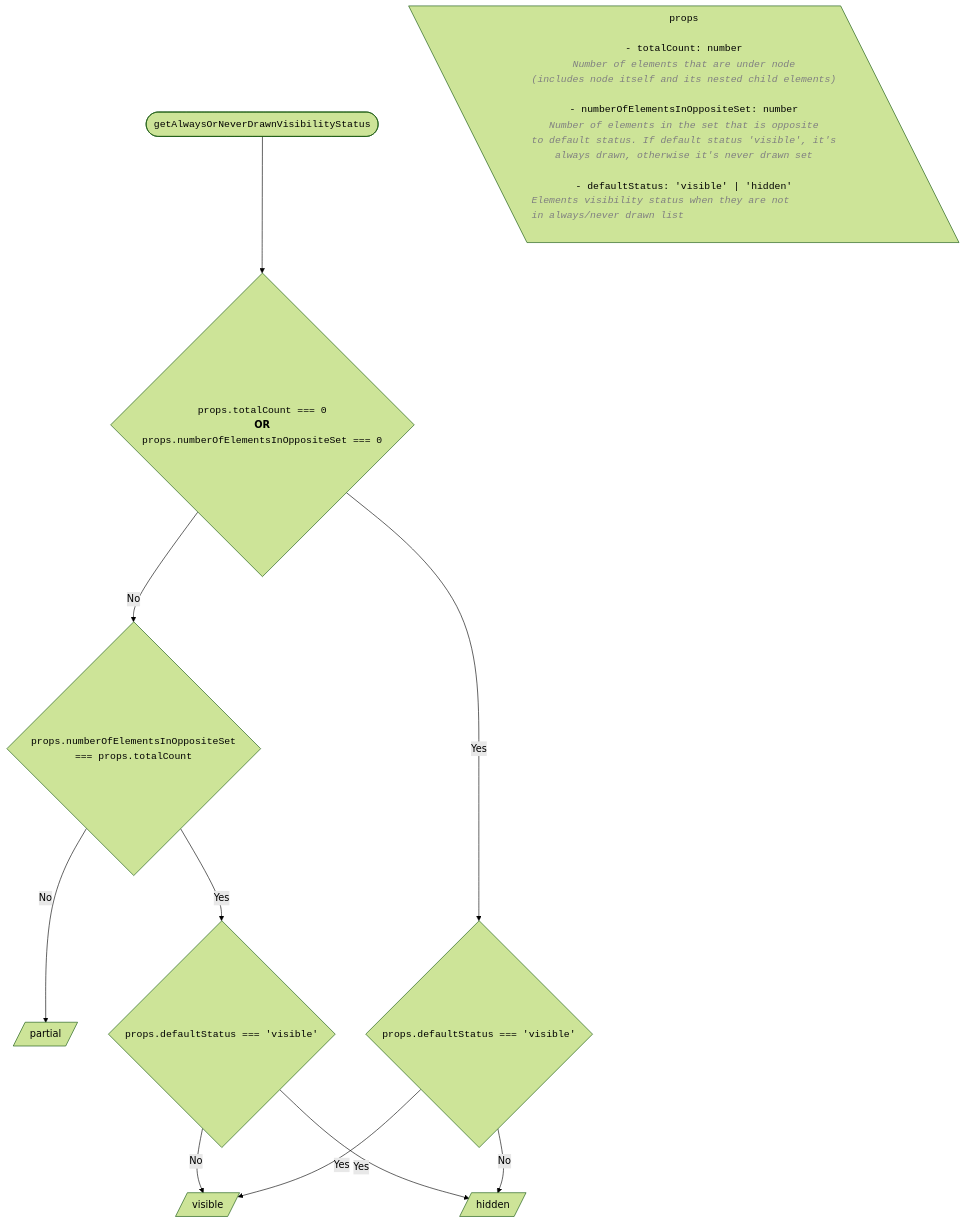
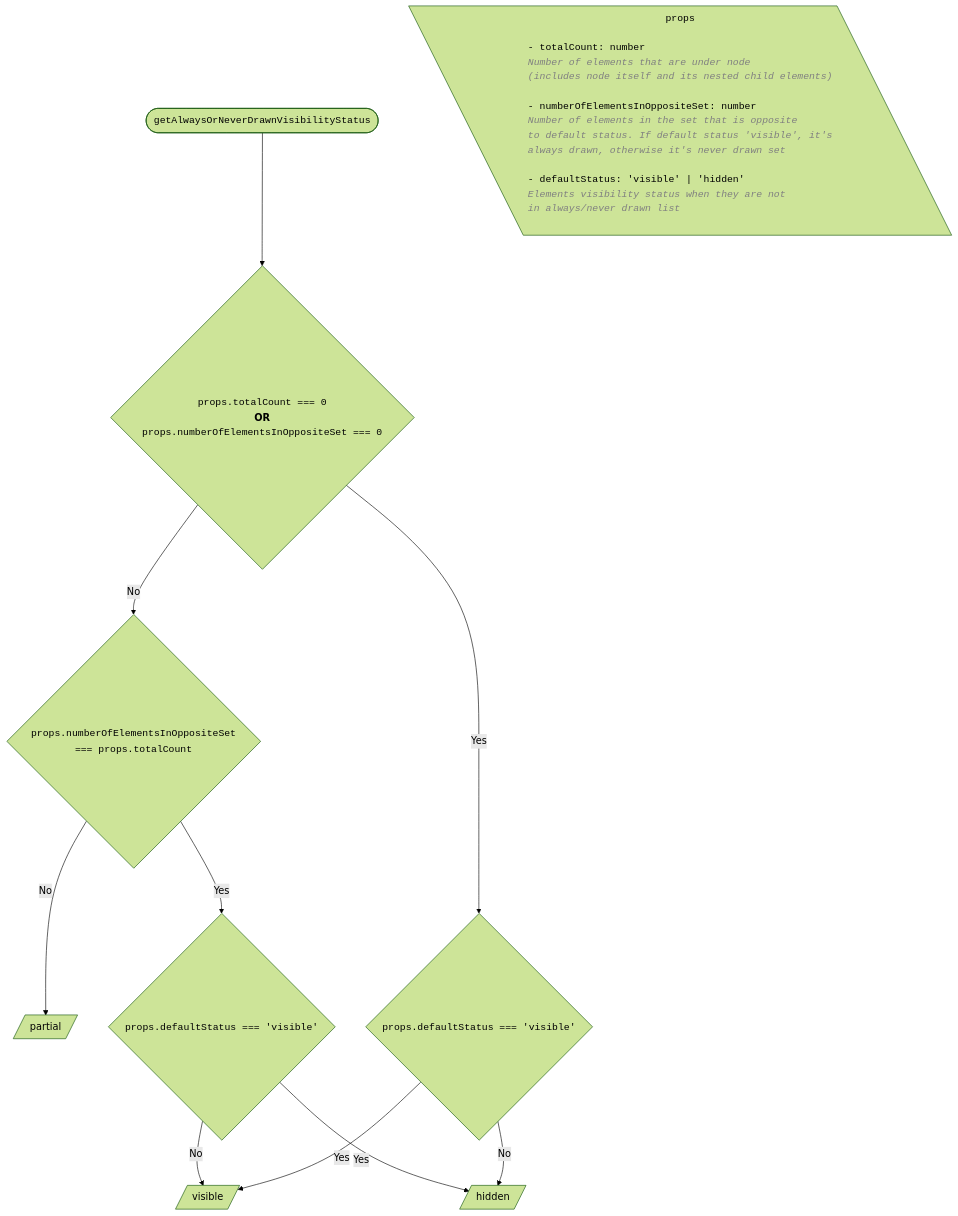
Before and after one commit to iTwin/viewer-components-react: the sixth of 14 diagrams in packages/itwin/tree-widget/docs/SharedVisibilityHandling.md, drawn with Mermaid (forest theme). The commit also changed other lines of this file and 3 other files, not shown here.

````diff
--- a/packages/itwin/tree-widget/docs/SharedVisibilityHandling.md
+++ b/packages/itwin/tree-widget/docs/SharedVisibilityHandling.md
@@ -417,55 +417,55 @@
 ```mermaid
 ---
 config:
   flowchart:
     wrappingWidth: 750
     useMaxWidth: false
 ---
 
 flowchart TD
   RESULT_Partial[/partial/]
   RESULT_Visible[/visible/]
   RESULT_Hidden[/hidden/]
 
   %% Start
   TITLE(["<code>getAlwaysOrNeverDrawnVisibilityStatus</code>"]) --> A{"<code>props.totalCount === 0</code><br/><strong>OR</strong><br/><code>props.numberOfElementsInOppositeSet === 0</code>"}
 
   PROPS[\"
     <code>props</code>
-    <code style='text-align: left;'>
+    <code style='display: block; text-align: left;'>
       - totalCount: number
      <span style='color: #808080 !important; font-style: italic;'>Number of elements that are under node <br/> (includes node itself and its nested child elements)
      </span>
       - numberOfElementsInOppositeSet: number
       <span style='color: #808080 !important; font-style: italic;'>Number of elements in the set that is opposite  <br/> to default status. If default status 'visible', it's  <br/> always drawn, otherwise it's never drawn set
       </span>
       - defaultStatus: 'visible' | 'hidden'
       <span style='color: #808080 !important; font-style: italic; display: block;'>Elements visibility status when they are not <br/>in always/never drawn list
       </span>
     </code>
   "\]
 
   %% Branch Yes
   A -- Yes --> B1{"<code>props.defaultStatus === 'visible'</code>"}
 
     %% Branch Yes
     B1 -- Yes --> RESULT_Visible
 
     %% Branch No
     B1 -- No --> RESULT_Hidden
 
   %% Branch No
   A -- No --> B2{"<code>props.numberOfElementsInOppositeSet<br /> === props.totalCount</code>"}
 
     %% Branch No
     B2 -- No --> RESULT_Partial
 
     %% Branch Yes
     B2 -- Yes --> C{"<code>props.defaultStatus === 'visible'</code>"}
 
       %% Branch Yes
       C -- Yes --> RESULT_Hidden
 
       %% Branch No
       C -- No --> RESULT_Visible
 ```
````
